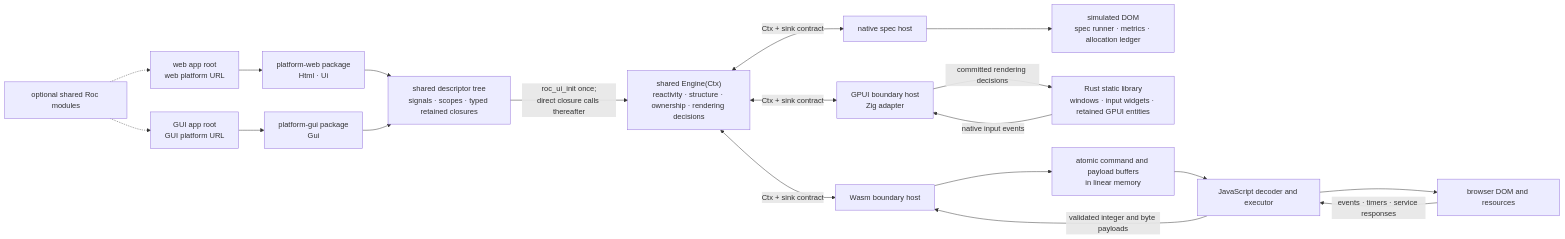
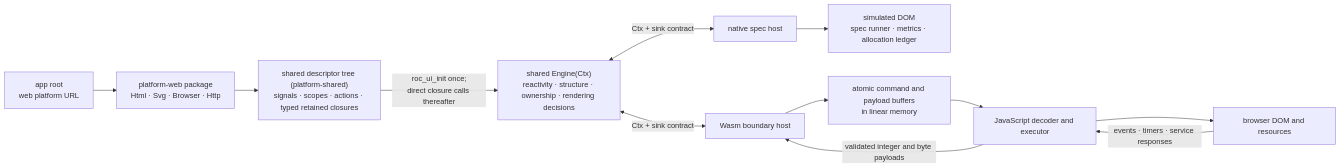
Before and after one commit to lukewilliamboswell/roc-signals: the second of 4 diagrams in design.md, drawn with Mermaid. The commit also changed other lines of this file, not shown here.

First line of the commit message:
Narrow the design to the shared engine, native spec host, and browser host

````diff
--- a/design.md
+++ b/design.md
@@ -362,24 +309,16 @@
 ```mermaid
 flowchart LR
-    SharedModules["optional shared Roc modules"] -.-> WebApp["web app root<br/>web platform URL"]
-    SharedModules -.-> GuiApp["GUI app root<br/>GUI platform URL"]
-    WebApp --> WebPlatform["platform-web package<br/>Html · Ui"]
-    GuiApp --> GuiPlatform["platform-gui package<br/>Gui"]
-    WebPlatform --> Platform["shared descriptor tree<br/>signals · scopes · typed retained closures"]
-    GuiPlatform --> Platform
+    WebApp["app root<br/>web platform URL"] --> WebPlatform["platform-web package<br/>Html · Svg · Browser · Http"]
+    WebPlatform --> Platform["shared descriptor tree (platform-shared)<br/>signals · scopes · actions · typed retained closures"]
     Platform -->|"roc_ui_init once;<br/>direct closure calls thereafter"| Engine["shared Engine(Ctx)<br/>reactivity · structure · ownership · rendering decisions"]
 
     Engine <-->|"Ctx + sink contract"| Native["native spec host"]
     Native --> NativeSurface["simulated DOM<br/>spec runner · metrics · allocation ledger"]
-
-    Engine <-->|"Ctx + sink contract"| Gui["GPUI boundary host<br/>Zig adapter"]
-    Gui -->|"committed rendering decisions"| GuiSurface["Rust static library<br/>windows · input widgets · retained GPUI entities"]
-    GuiSurface -->|"native input events"| Gui
 
     Engine <-->|"Ctx + sink contract"| Wasm["Wasm boundary host"]
     Wasm --> Wire["atomic command and payload buffers<br/>in linear memory"]
     Wire --> JS["JavaScript decoder and executor"]
     JS --> Browser["browser DOM and resources"]
     Browser -->|"events · timers · service responses"| JS
     JS -->|"validated integer and byte payloads"| Wasm
 ```
````
